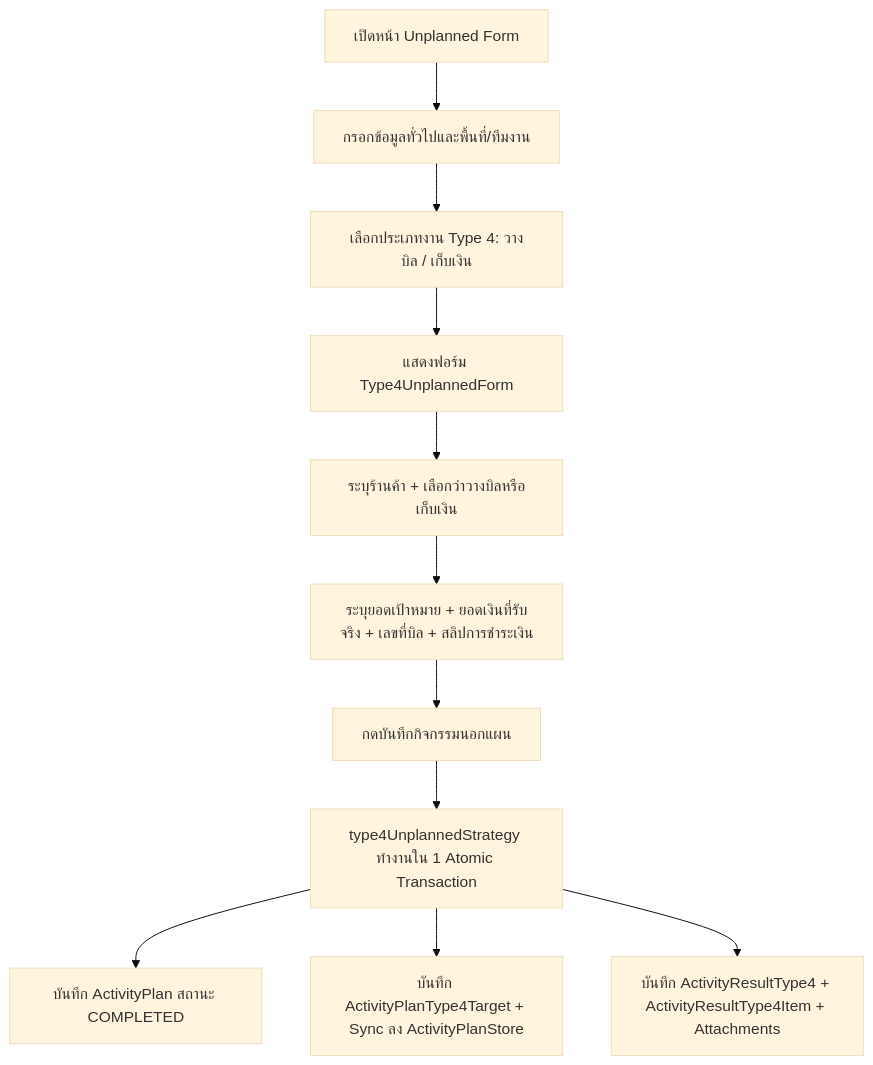
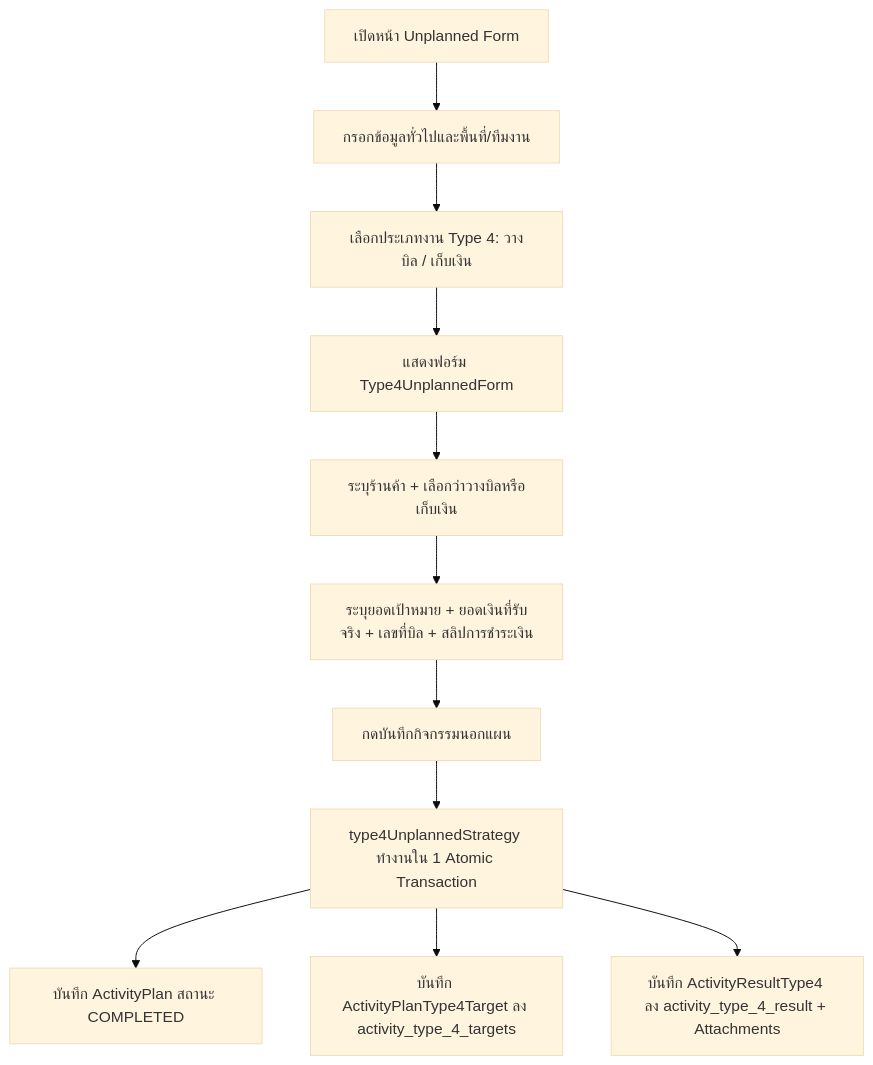
Before and after one commit to bankhk10/crm-bank: the third of 3 diagrams in modules/activity/features/type-4/README.md, drawn with Mermaid (base theme). The commit also changed other lines of this file and 19 other files, not shown here.

````diff
--- a/modules/activity/features/type-4/README.md
+++ b/modules/activity/features/type-4/README.md
@@ -81,13 +80,13 @@
 ```mermaid
 graph TD
     A[เปิดหน้า Unplanned Form] --> B[กรอกข้อมูลทั่วไปและพื้นที่/ทีมงาน]
     B --> C[เลือกประเภทงาน Type 4: วางบิล / เก็บเงิน]
     C --> D[แสดงฟอร์ม Type4UnplannedForm]
     D --> E[ระบุร้านค้า + เลือกว่าวางบิลหรือเก็บเงิน]
     E --> F[ระบุยอดเป้าหมาย + ยอดเงินที่รับจริง + เลขที่บิล + สลิปการชำระเงิน]
     F --> G[กดบันทึกกิจกรรมนอกแผน]
     G --> H[type4UnplannedStrategy ทำงานใน 1 Atomic Transaction]
     H --> I[บันทึก ActivityPlan สถานะ COMPLETED]
-    H --> J[บันทึก ActivityPlanType4Target + Sync ลง ActivityPlanStore]
-    H --> K[บันทึก ActivityResultType4 + ActivityResultType4Item + Attachments]
+    H --> J[บันทึก ActivityPlanType4Target ลง activity_type_4_targets]
+    H --> K[บันทึก ActivityResultType4 ลง activity_type_4_result + Attachments]
 ```
````
